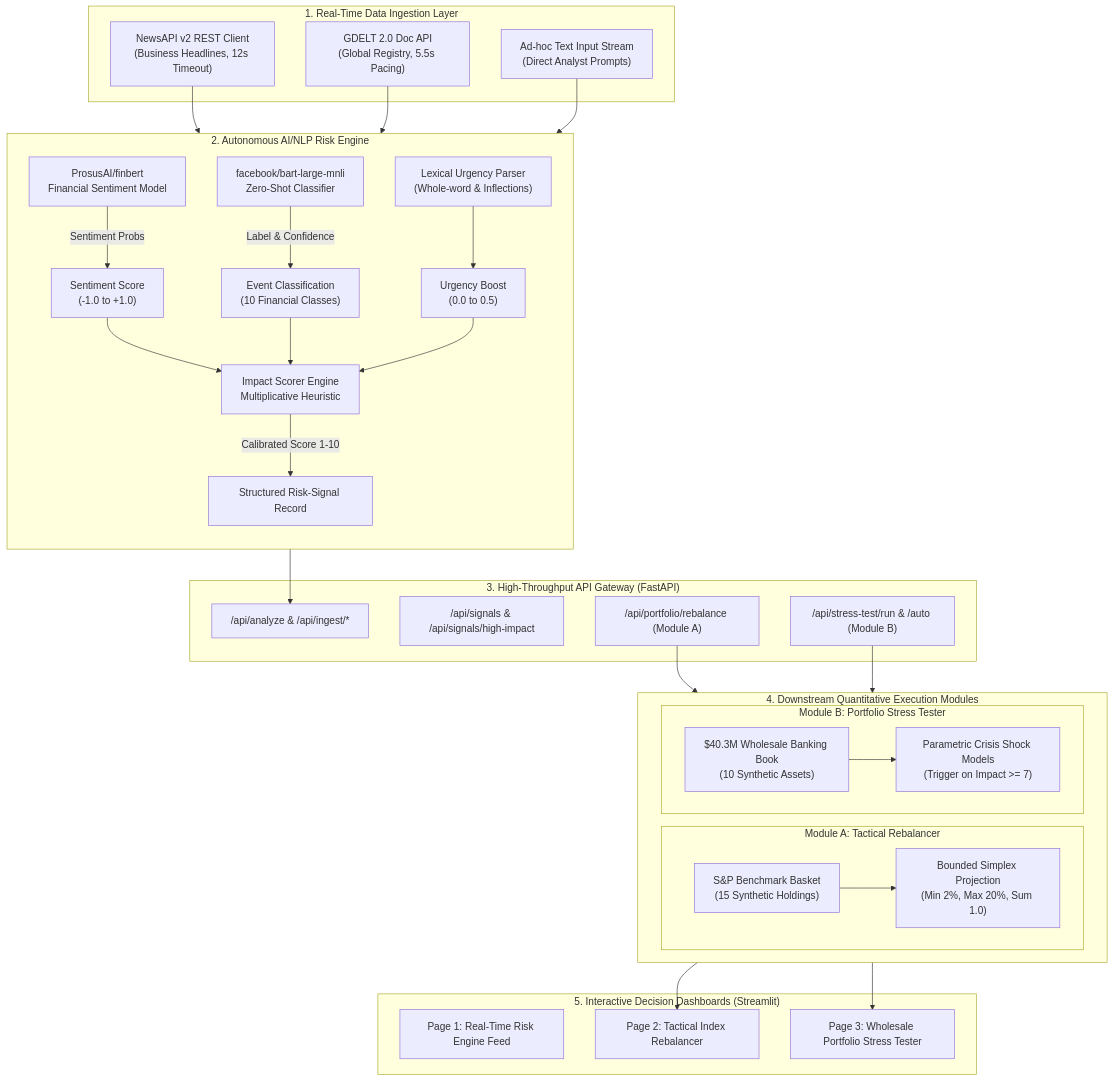
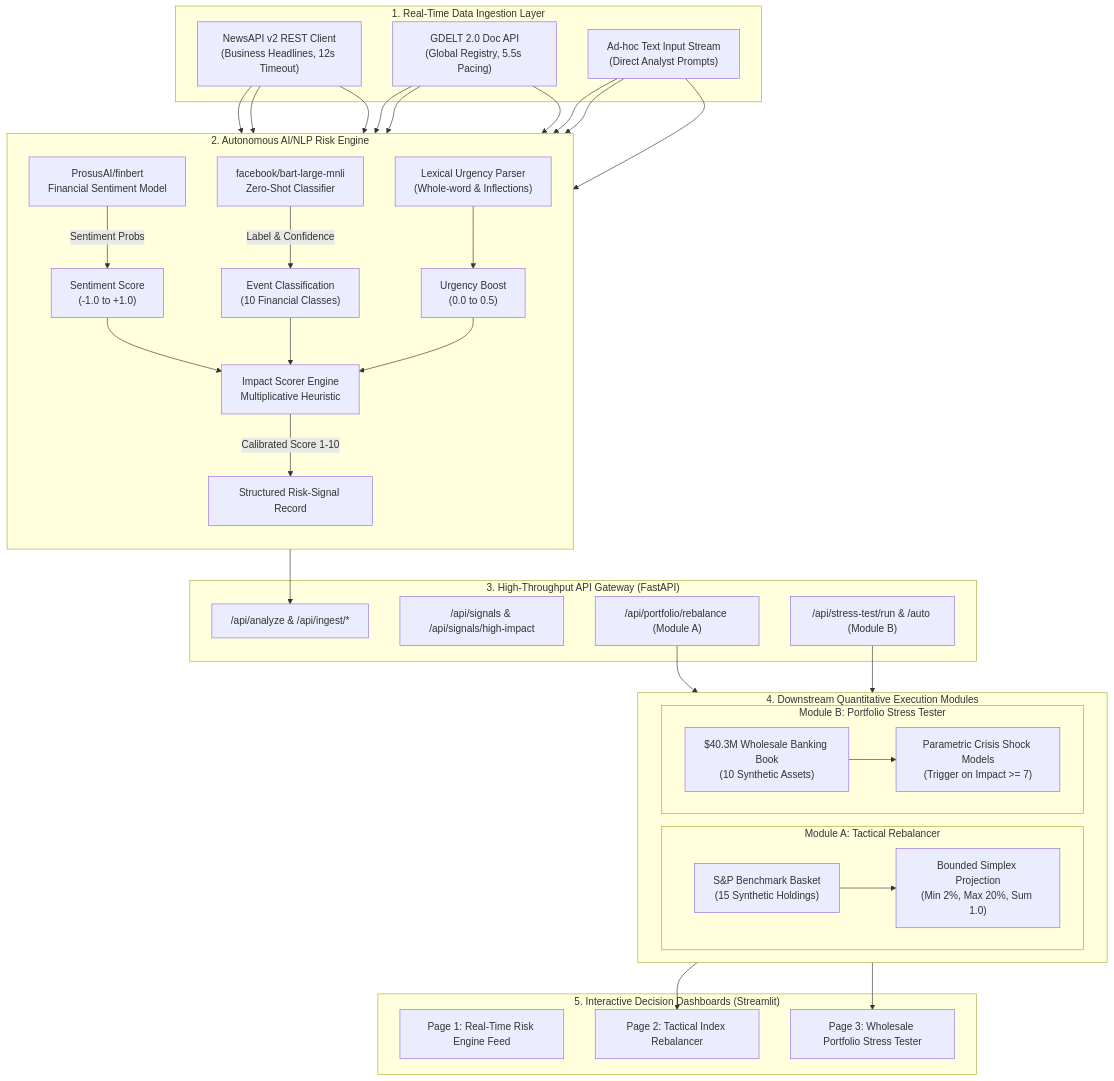
One commit to KrishnaKapoor612/Autonomous-AI-NLP-Financial-risk-engine changed the diagram in README.md. Above: the diagram before and after it, drawn with Mermaid. The commit also changed other lines of this file, not shown here.

Commit message:
docs: fix KaTeX underscore parse error, align category weights with settings.py, and refine Mermaid dataflow

````diff
--- a/README.md
+++ b/README.md
@@ -33,56 +33,54 @@
 ```mermaid
 flowchart TB
     subgraph Layer1["1. Real-Time Data Ingestion Layer"]
         A1["NewsAPI v2 REST Client<br/>(Business Headlines, 12s Timeout)"]
         A2["GDELT 2.0 Doc API<br/>(Global Registry, 5.5s Pacing)"]
         A3["Ad-hoc Text Input Stream<br/>(Direct Analyst Prompts)"]
     end
 
     subgraph Layer2["2. Autonomous AI/NLP Risk Engine"]
         direction TB
         B1["ProsusAI/finbert<br/>Financial Sentiment Model"] -->|Sentiment Probs| B4["Sentiment Score<br/>(-1.0 to +1.0)"]
         B2["facebook/bart-large-mnli<br/>Zero-Shot Classifier"] -->|Label & Confidence| B5["Event Classification<br/>(10 Financial Classes)"]
         B3["Lexical Urgency Parser<br/>(Whole-word & Inflections)"] --> B6["Urgency Boost<br/>(0.0 to 0.5)"]
         
         B4 --> B7["Impact Scorer Engine<br/>Multiplicative Heuristic"]
         B5 --> B7
         B6 --> B7
         B7 -->|Calibrated Score 1-10| B8["Structured Risk-Signal Record"]
     end
 
     subgraph Layer3["3. High-Throughput API Gateway (FastAPI)"]
         C1["/api/analyze & /api/ingest/*"]
         C2["/api/signals & /api/signals/high-impact"]
         C3["/api/portfolio/rebalance (Module A)"]
         C4["/api/stress-test/run & /auto (Module B)"]
     end
 
     subgraph Layer4["4. Downstream Quantitative Execution Modules"]
         direction LR
         subgraph ModA["Module A: Tactical Rebalancer"]
             D1["S&P Benchmark Basket<br/>(15 Synthetic Holdings)"]
             D2["Bounded Simplex Projection<br/>(Min 2%, Max 20%, Sum 1.0)"]
             D1 --> D2
         end
         subgraph ModB["Module B: Portfolio Stress Tester"]
             D3["$40.3M Wholesale Banking Book<br/>(10 Synthetic Assets)"]
             D4["Parametric Crisis Shock Models<br/>(Trigger on Impact >= 7)"]
             D3 --> D4
         end
     end
 
     subgraph Layer5["5. Interactive Decision Dashboards (Streamlit)"]
         E1["Page 1: Real-Time Risk Engine Feed"]
         E2["Page 2: Tactical Index Rebalancer"]
         E3["Page 3: Wholesale Portfolio Stress Tester"]
     end
 
-    A1 --> B1
-    A2 --> B2
-    A3 --> B3
+    A1 & A2 & A3 --> B1 & B2 & B3
     B8 --> C1
     C3 --> D1
     C4 --> D3
     D2 --> E2
     D4 --> E3
 ```
````
